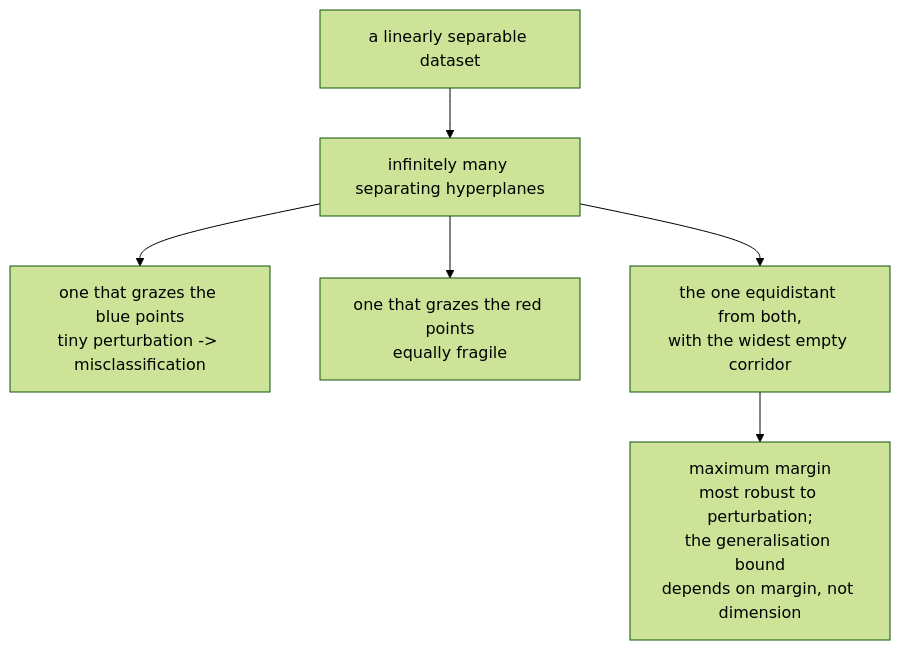
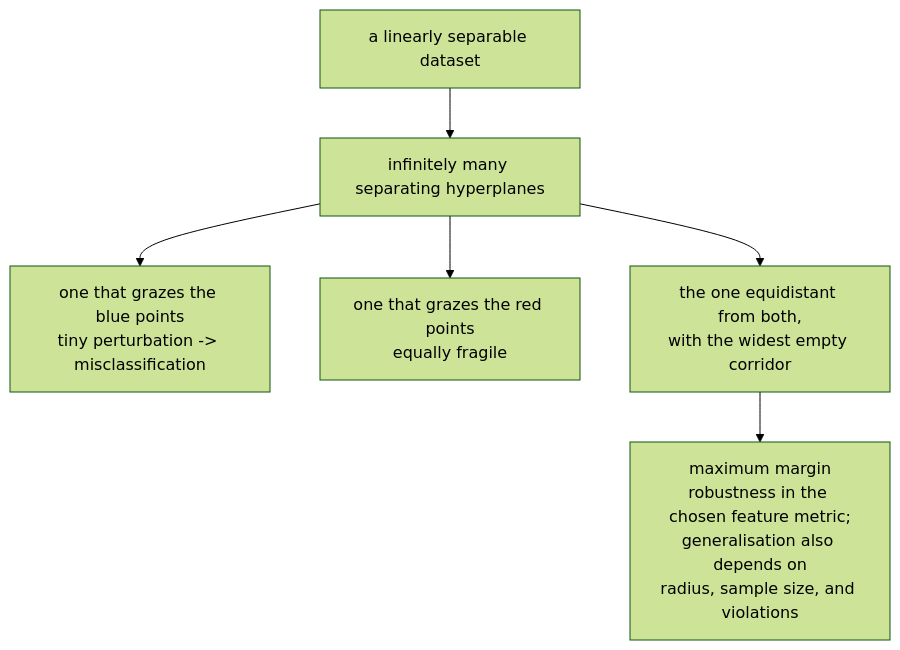
One commit to alliedbrother/ml-interview-notes changed the diagram in content/notes/ml/svm-and-kernels.md. Above: the diagram before and after it, drawn with Mermaid (forest theme). The commit also changed other lines of this file and 217 other files, not shown here.

````diff
--- a/content/notes/ml/svm-and-kernels.md
+++ b/content/notes/ml/svm-and-kernels.md
@@ -20,8 +20,8 @@
 ```mermaid
 flowchart TD
     P["a linearly separable dataset"] --> Q["infinitely many separating hyperplanes"]
     Q --> A["one that grazes the blue points<br/>tiny perturbation -> misclassification"]
     Q --> B["one that grazes the red points<br/>equally fragile"]
     Q --> C["the one equidistant from both,<br/>with the widest empty corridor"]
-    C --> D["maximum margin<br/>most robust to perturbation;<br/>the generalisation bound<br/>depends on margin, not dimension"]
+    C --> D["maximum margin<br/>robustness in the chosen feature metric;<br/>generalisation also depends on<br/>radius, sample size, and violations"]
 ```
````
